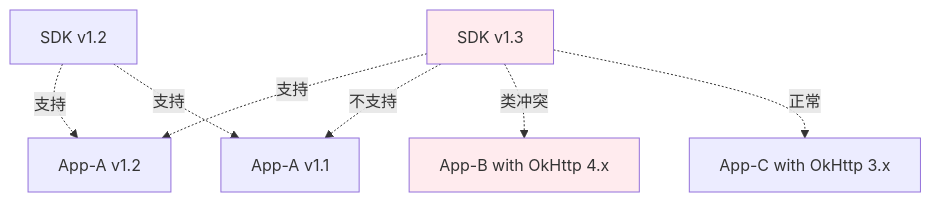
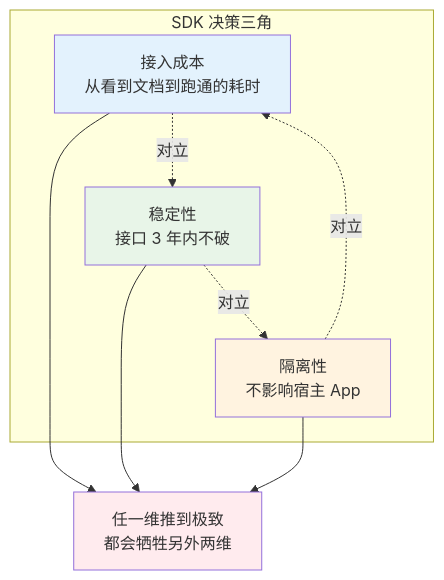
The first of 6 diagrams in docs/10.真经/05.方案设计思想/03.SDK设计与发布方案.md (chongyang211/YCBookBlog), drawn with Mermaid before and after one commit. The commit also changed other lines of this file and 36 other files, not shown here.

````diff
--- a/docs/10.真经/05.方案设计思想/03.SDK设计与发布方案.md
+++ b/docs/10.真经/05.方案设计思想/03.SDK设计与发布方案.md
@@ -81,13 +132,22 @@
 ```mermaid
 graph TB
-    SDK13[SDK v1.3] -.支持.-> AppA12[App-A v1.2]
-    SDK13 -.不支持.-> AppA11[App-A v1.1]
-    SDK12[SDK v1.2] -.支持.-> AppA12
-    SDK12 -.支持.-> AppA11
+    subgraph "SDK 决策三角"
+        A[接入成本<br/>从看到文档到跑通的耗时]
+        S[稳定性<br/>接口 3 年内不破]
+        E[隔离性<br/>不影响宿主 App]
+    end
     
-    SDK13 -.类冲突.-> AppB[App-B with OkHttp 4.x]
-    SDK13 -.正常.-> AppC[App-C with OkHttp 3.x]
+    A -.对立.-> S
+    S -.对立.-> E
+    E -.对立.-> A
     
-    style SDK13 fill:#ffebee
-    style AppB fill:#ffebee
+    Trade[任一维推到极致<br/>都会牺牲另外两维]
+    A --> Trade
+    S --> Trade
+    E --> Trade
+    
+    style A fill:#e3f2fd
+    style S fill:#e8f5e8
+    style E fill:#fff3e0
+    style Trade fill:#ffebee
 ```
````
